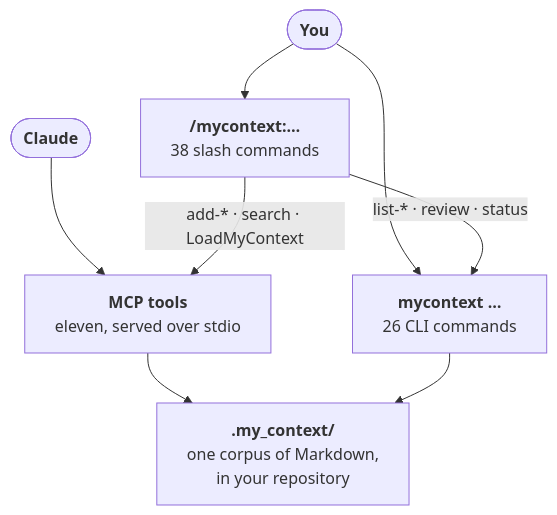
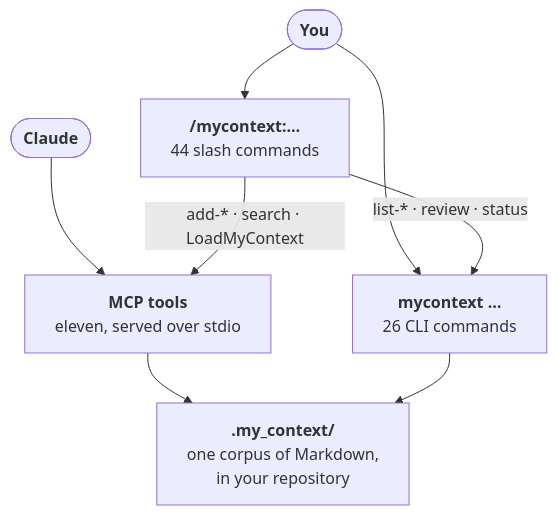
The fourth of 5 diagrams in README.md (Dudi-Bar-On/my-context), drawn with Mermaid before and after one commit. The commit also changed other lines of this file and 4 other files, not shown here.

First line of the commit message:
docs: the catalogue swap in both READMEs, the changelog and the roadmap

````diff
--- a/README.md
+++ b/README.md
@@ -1512,10 +1527,10 @@
 ```mermaid
 flowchart TB
-  U(["<b>You</b>"]) --> SL["<b>/mycontext:…</b><br/>38 slash commands"]
+  U(["<b>You</b>"]) --> SL["<b>/mycontext:…</b><br/>44 slash commands"]
   U --> CL["<b>mycontext …</b><br/>26 CLI commands"]
   A(["<b>Claude</b>"]) --> TL["<b>MCP tools</b><br/>eleven, served over stdio"]
   SL -->|"add-* · search · LoadMyContext"| TL
   SL -->|"list-* · review · status"| CL
   TL --> CO["<b>.my_context/</b><br/>one corpus of Markdown,<br/>in your repository"]
   CL --> CO
 ```
````
